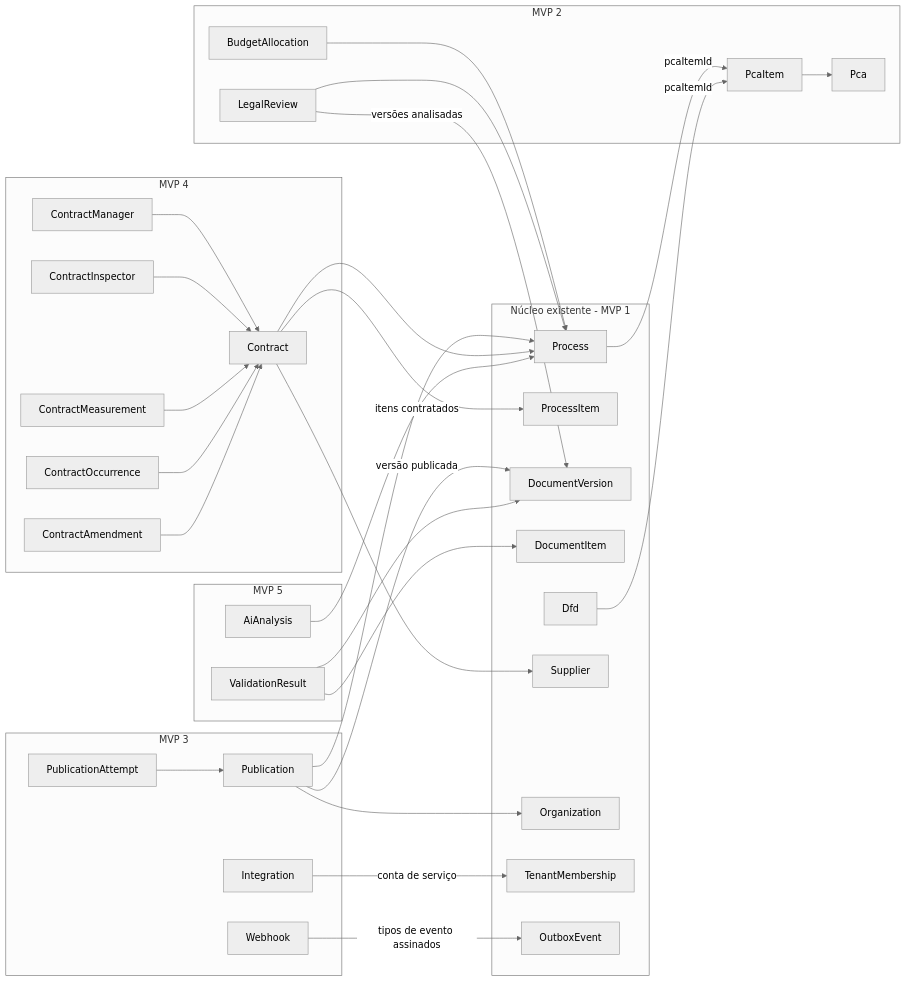
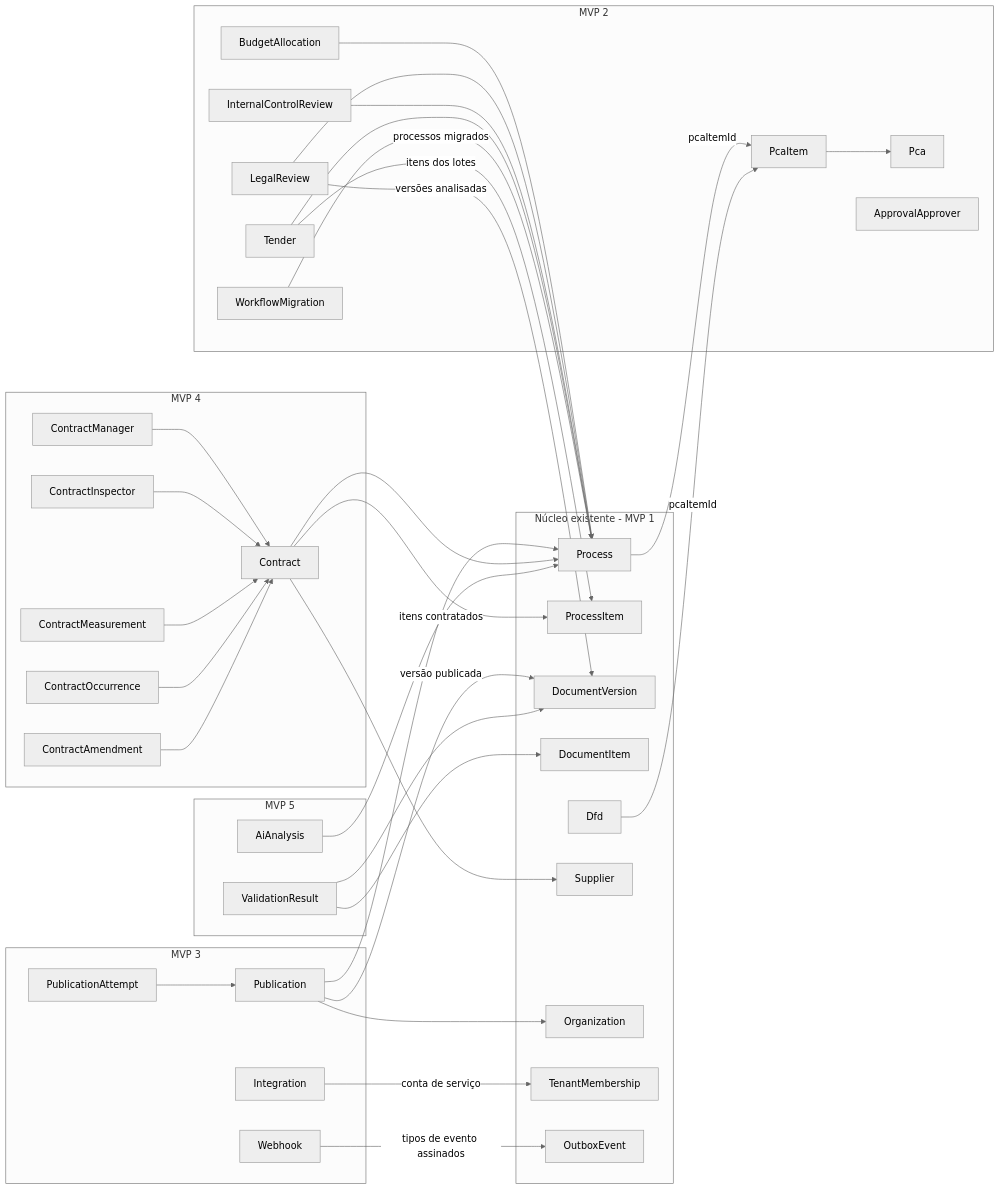
One commit to contrataflow/contrataflow changed the third of 3 diagrams in docs/product/roadmap.md. Above: the diagram before and after it, drawn with Mermaid (neutral theme). The commit also changed other lines of this file and 36 other files, not shown here.

````diff
--- a/docs/product/roadmap.md
+++ b/docs/product/roadmap.md
@@ -754,62 +766,70 @@
 ```mermaid
 flowchart LR
     subgraph N1["Núcleo existente - MVP 1"]
         PROC["Process"]
         PITEM["ProcessItem"]
         DOCV["DocumentVersion"]
         DOCI["DocumentItem"]
         DFDN["Dfd"]
         SUPP["Supplier"]
         ORGN["Organization"]
         MEMB["TenantMembership"]
         EVT["OutboxEvent"]
     end
     subgraph N2["MVP 2"]
         PCAN["Pca"]
         PCAI["PcaItem"]
         BUDG["BudgetAllocation"]
         LEGR["LegalReview"]
+        ICR["InternalControlReview"]
+        TEND["Tender"]
+        APPR["ApprovalApprover"]
+        WMIG["WorkflowMigration"]
     end
     subgraph N3["MVP 3"]
         PUBL["Publication"]
         PATT["PublicationAttempt"]
         INTG["Integration"]
         WHK["Webhook"]
     end
     subgraph N4["MVP 4"]
         CONT["Contract"]
         CMAN["ContractManager"]
         CINS["ContractInspector"]
         CMEA["ContractMeasurement"]
         COCC["ContractOccurrence"]
         CAME["ContractAmendment"]
     end
     subgraph N5["MVP 5"]
         AIAN["AiAnalysis"]
         VRES["ValidationResult"]
     end
 
     PCAI --> PCAN
     PROC -->|pcaItemId| PCAI
     DFDN -->|pcaItemId| PCAI
     BUDG --> PROC
     LEGR --> PROC
     LEGR -->|versões analisadas| DOCV
+    ICR --> PROC
+    TEND --> PROC
+    TEND -->|itens dos lotes| PITEM
+    WMIG -->|processos migrados| PROC
     PUBL --> PROC
     PUBL -->|versão publicada| DOCV
     PUBL --> ORGN
     PATT --> PUBL
     INTG -->|conta de serviço| MEMB
     WHK -->|tipos de evento assinados| EVT
     CONT --> PROC
     CONT --> SUPP
     CONT -->|itens contratados| PITEM
     CMAN --> CONT
     CINS --> CONT
     CMEA --> CONT
     COCC --> CONT
     CAME --> CONT
     AIAN --> PROC
     VRES --> DOCI
     VRES --> DOCV
 ```
````
